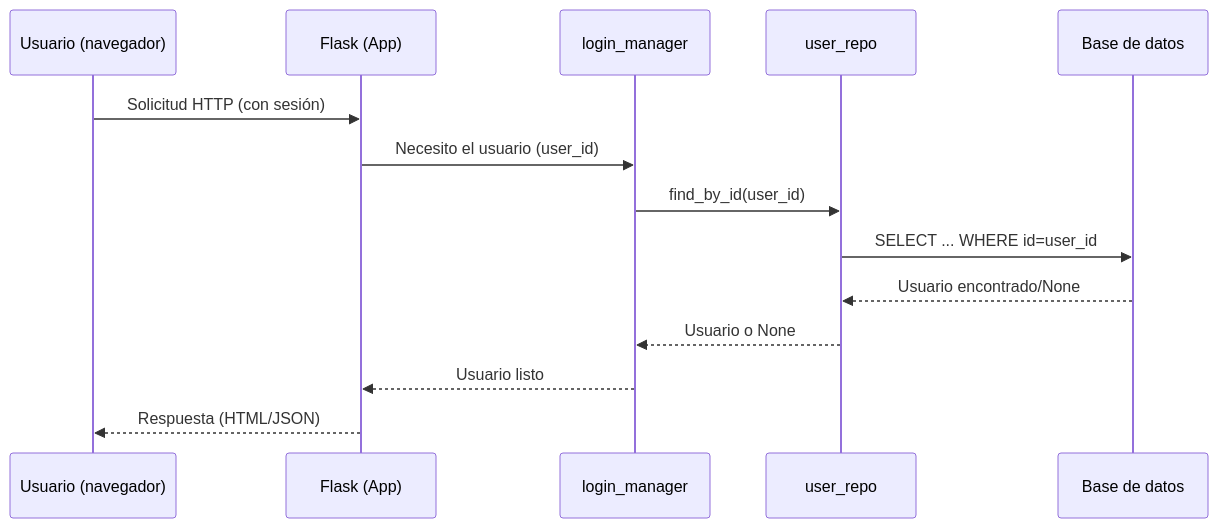
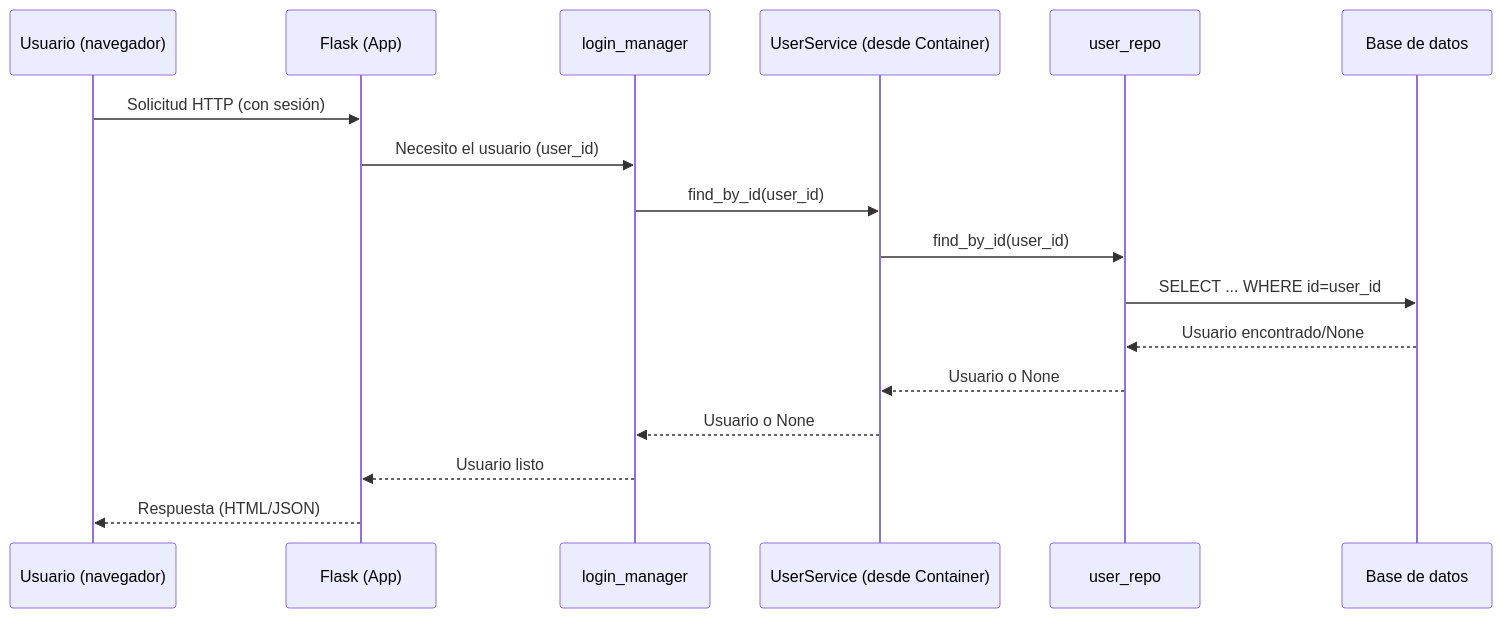
One commit to PrograMario12/DLE-2 changed the second of 3 diagrams in docs/main.md. Above: the diagram before and after it, drawn with Mermaid. The commit also changed other lines of this file and 4 other files, not shown here.

````diff
--- a/docs/main.md
+++ b/docs/main.md
@@ -121,17 +135,20 @@
 ```mermaid
 sequenceDiagram
     participant U as Usuario (navegador)
     participant W as Flask (App)
     participant L as login_manager
+    participant S as UserService (desde Container)
     participant R as user_repo
     participant DB as Base de datos
 
     U->>W: Solicitud HTTP (con sesión)
     W->>L: Necesito el usuario (user_id)
-    L->>R: find_by_id(user_id)
+    L->>S: find_by_id(user_id)
+    S->>R: find_by_id(user_id)
     R->>DB: SELECT ... WHERE id=user_id
     DB-->>R: Usuario encontrado/None
-    R-->>L: Usuario o None
+    R-->>S: Usuario o None
+    S-->>L: Usuario o None
     L-->>W: Usuario listo
     W-->>U: Respuesta (HTML/JSON)
 ```
````
